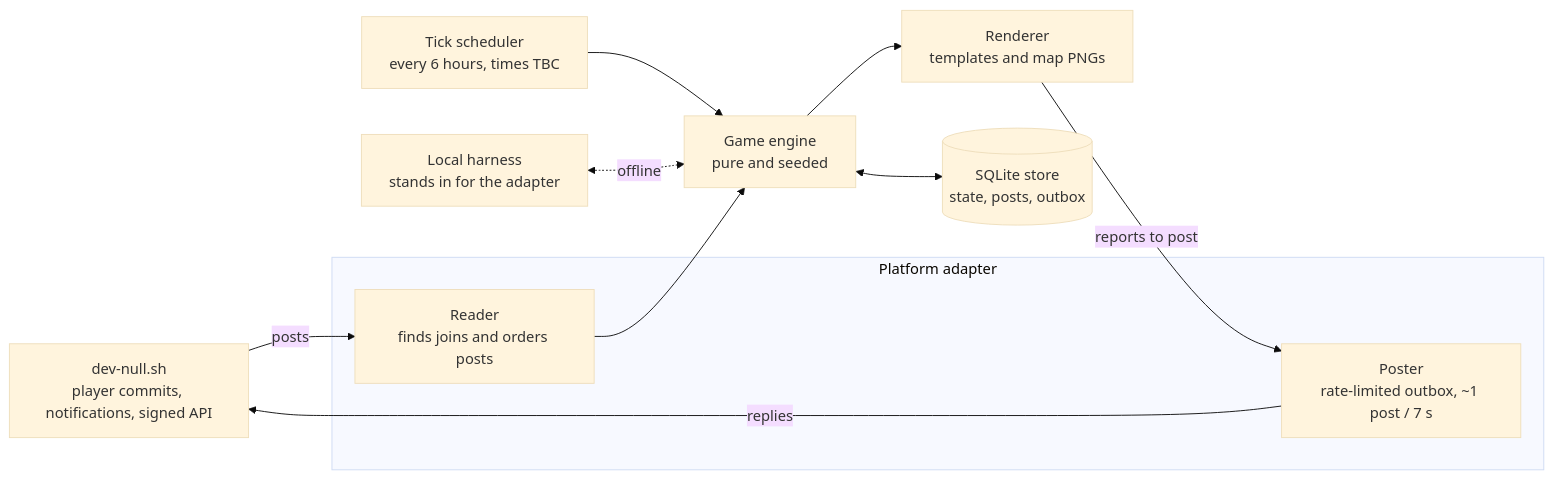
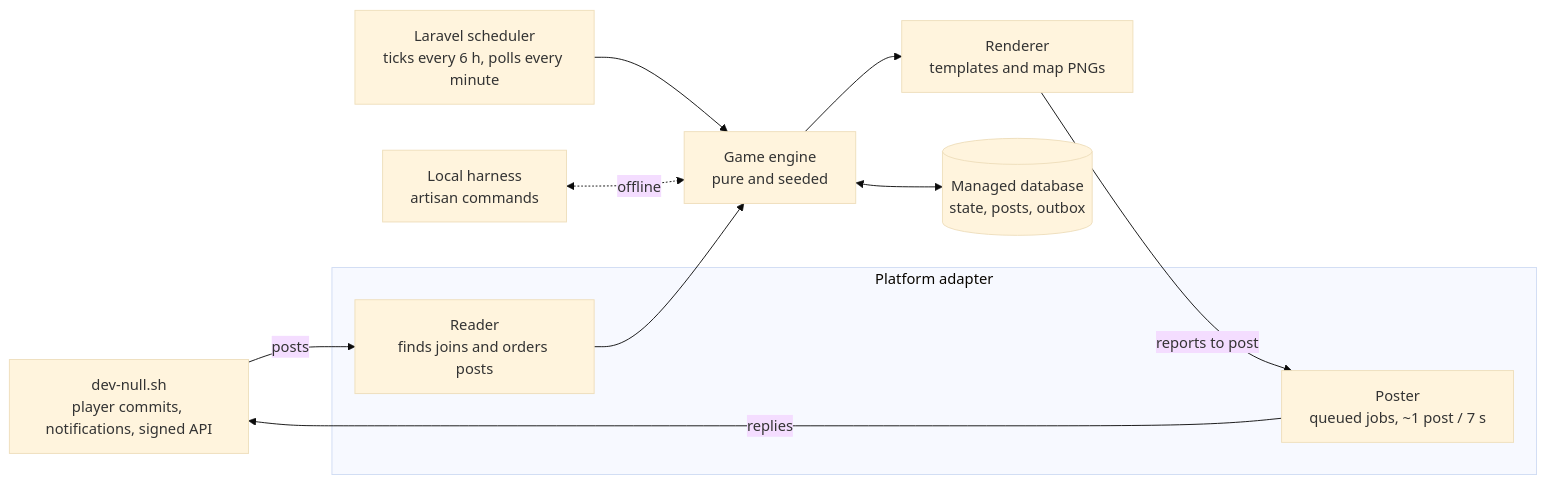
Before and after one commit to nullspacebot/docs: the diagram in null-space/technical.md, drawn with Mermaid (base theme). The commit also changed other lines of this file, not shown here.

First line of the commit message:
Switch the technical design to Laravel on Laravel Cloud

````diff
--- a/null-space/technical.md
+++ b/null-space/technical.md
@@ -16,22 +16,22 @@
 ```mermaid
 flowchart LR
     DN["dev-null.sh<br/>player commits, notifications, signed API"]
     subgraph Adapter["Platform adapter"]
         R["Reader<br/>finds joins and orders posts"]
-        P["Poster<br/>rate-limited outbox, ~1 post / 7 s"]
+        P["Poster<br/>queued jobs, ~1 post / 7 s"]
     end
-    S["Tick scheduler<br/>every 6 hours, times TBC"]
+    S["Laravel scheduler<br/>ticks every 6 h, polls every minute"]
     E["Game engine<br/>pure and seeded"]
-    H["Local harness<br/>stands in for the adapter"]
-    DB[("SQLite store<br/>state, posts, outbox")]
+    H["Local harness<br/>artisan commands"]
+    DB[("Managed database<br/>state, posts, outbox")]
     RN["Renderer<br/>templates and map PNGs"]
 
     DN -- posts --> R
     R --> E
     S --> E
     H <-. offline .-> E
     E <--> DB
     E --> RN
     RN -- reports to post --> P
     P -- replies --> DN
 ```
````
